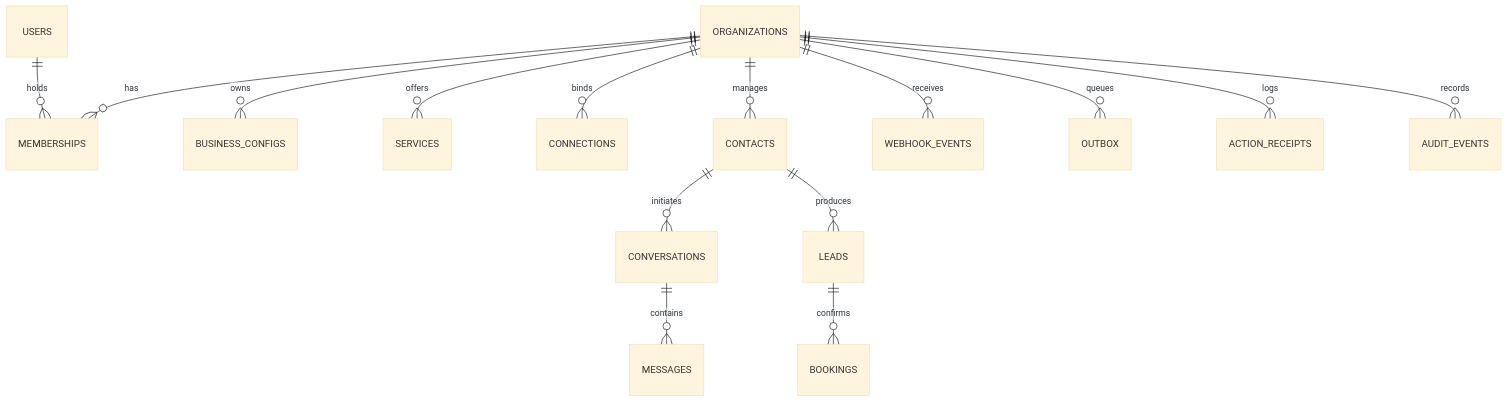
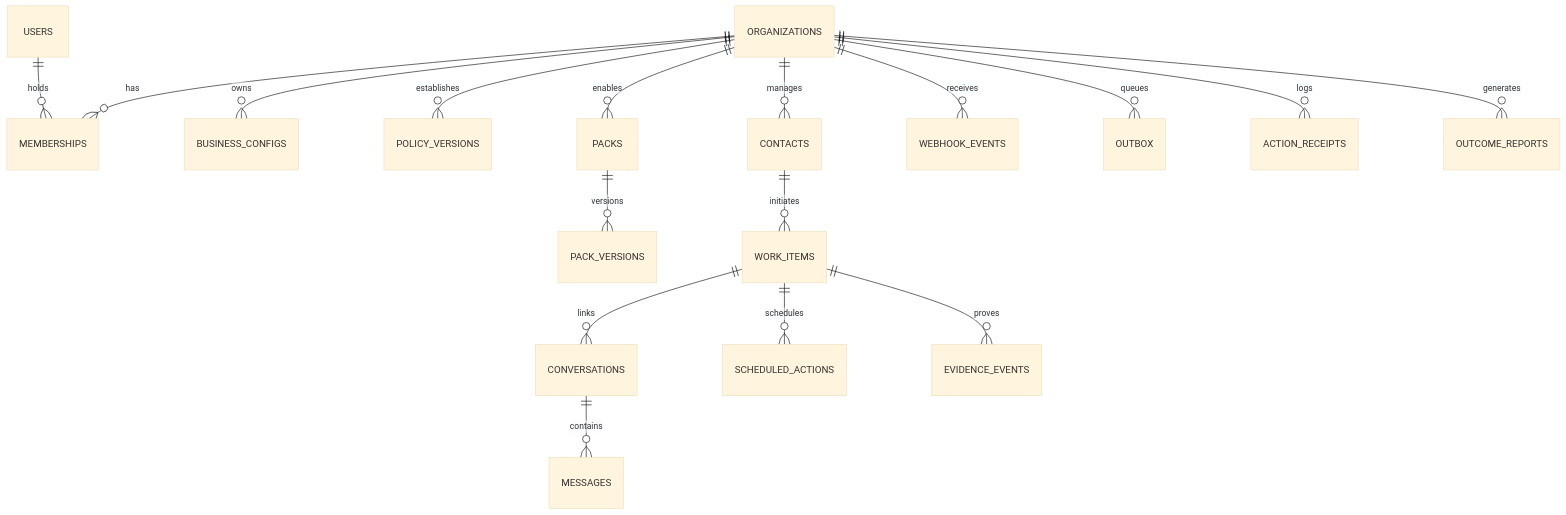
The third of 3 diagrams in docs/CHECKLIST.md (Cypher-Aura-19/virobyte-saas), drawn with Mermaid (base theme) before and after one commit. The commit also changed other lines of this file and 7 other files, not shown here.

Commit message:
docs: finalize v4.0 Request-to-Resolution architecture, schema, and verified Mermaid diagrams

````diff
--- a/docs/CHECKLIST.md
+++ b/docs/CHECKLIST.md
@@ -243,17 +259,19 @@
 ```mermaid
 erDiagram
     ORGANIZATIONS ||--o{ MEMBERSHIPS : has
     USERS ||--o{ MEMBERSHIPS : holds
     ORGANIZATIONS ||--o{ BUSINESS_CONFIGS : owns
-    ORGANIZATIONS ||--o{ SERVICES : offers
-    ORGANIZATIONS ||--o{ CONNECTIONS : binds
+    ORGANIZATIONS ||--o{ POLICY_VERSIONS : establishes
+    ORGANIZATIONS ||--o{ PACKS : enables
+    PACKS ||--o{ PACK_VERSIONS : versions
     ORGANIZATIONS ||--o{ CONTACTS : manages
-    CONTACTS ||--o{ CONVERSATIONS : initiates
+    CONTACTS ||--o{ WORK_ITEMS : initiates
+    WORK_ITEMS ||--o{ CONVERSATIONS : links
     CONVERSATIONS ||--o{ MESSAGES : contains
-    CONTACTS ||--o{ LEADS : produces
-    LEADS ||--o{ BOOKINGS : confirms
+    WORK_ITEMS ||--o{ SCHEDULED_ACTIONS : schedules
+    WORK_ITEMS ||--o{ EVIDENCE_EVENTS : proves
     ORGANIZATIONS ||--o{ WEBHOOK_EVENTS : receives
     ORGANIZATIONS ||--o{ OUTBOX : queues
     ORGANIZATIONS ||--o{ ACTION_RECEIPTS : logs
-    ORGANIZATIONS ||--o{ AUDIT_EVENTS : records
+    ORGANIZATIONS ||--o{ OUTCOME_REPORTS : generates
 ```
````
